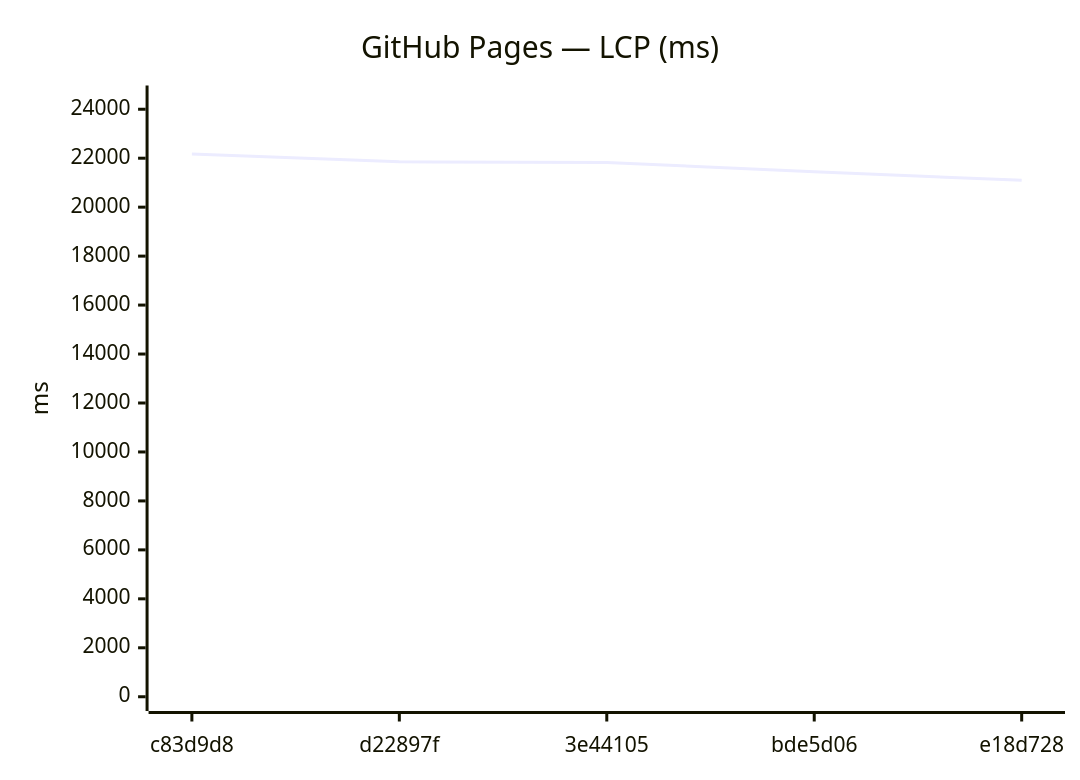
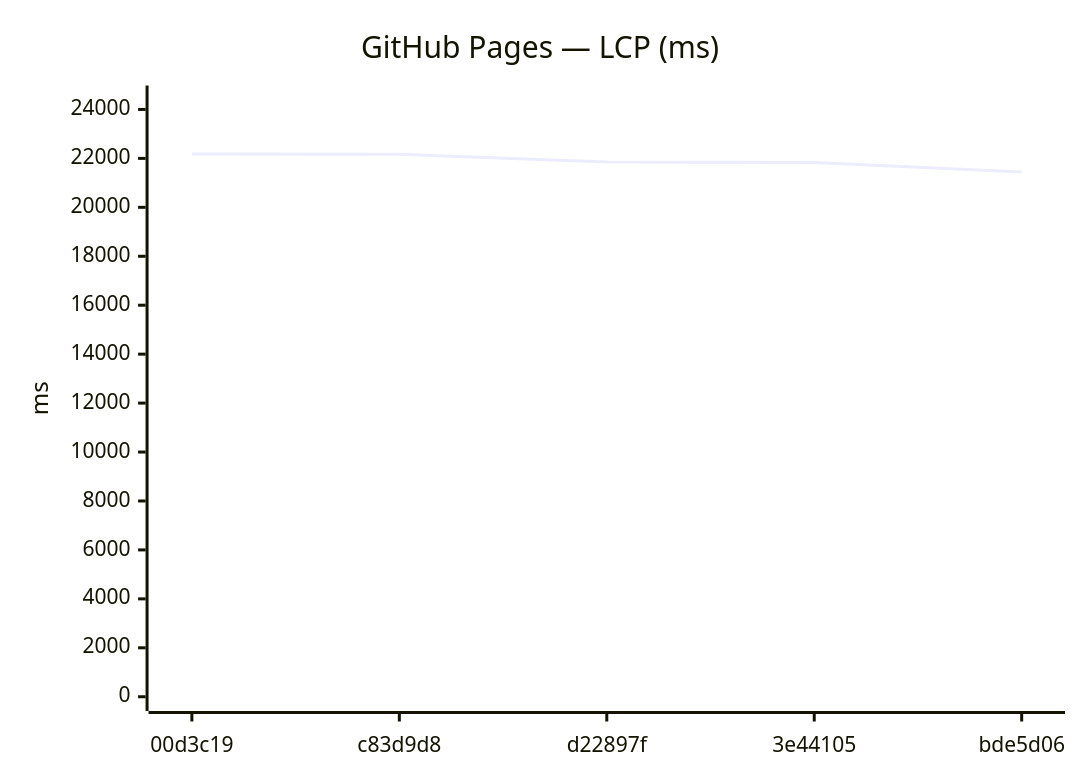
Before and after one commit to Metaheurist/Rianell: the ninth of 18 diagrams in benchmarks/compare.md, drawn with Mermaid. The commit also changed other lines of this file and 11 other files, not shown here.

````diff
--- a/benchmarks/compare.md
+++ b/benchmarks/compare.md
@@ -142,7 +142,7 @@
 ```mermaid
 xychart-beta
     title "GitHub Pages — LCP (ms)"
-    x-axis ["c83d9d8", "d22897f", "3e44105", "bde5d06", "e18d728"]
-    y-axis "ms" 0 --> 24388
-    line [22170, 21853, 21828, 21442, 21100]
+    x-axis ["00d3c19", "c83d9d8", "d22897f", "3e44105", "bde5d06"]
+    y-axis "ms" 0 --> 24396
+    line [22178, 22170, 21853, 21828, 21442]
 ```
````
